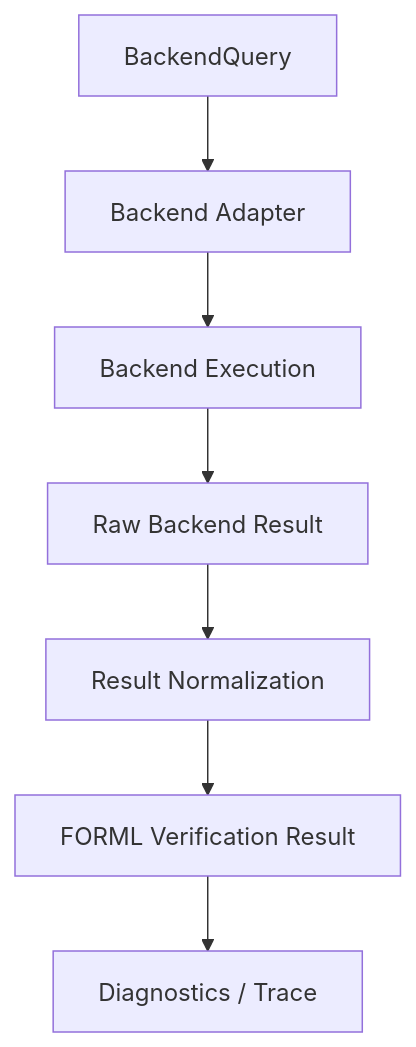
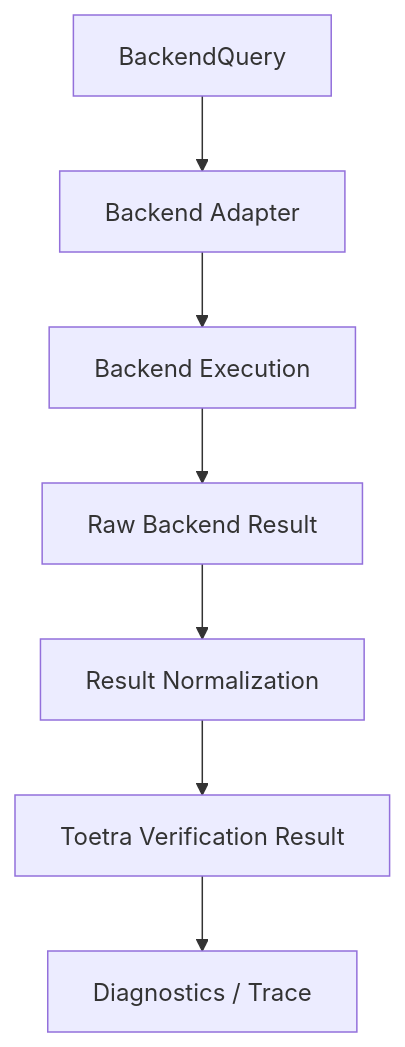
Before and after one commit to KintanaOne/Toetra: the seventh of 9 diagrams in docs/architecture/pipeline-views.md, drawn with Mermaid. The commit also changed 55 other files, not shown here.

First line of the commit message:
Refactor reporting and model schemas from FORML to Toetra

````diff
--- a/docs/architecture/pipeline-views.md
+++ b/docs/architecture/pipeline-views.md
@@ -399,20 +399,20 @@
 ```mermaid
 flowchart TD
     A[BackendQuery]
         --> B[Backend Adapter]
 
     B
         --> C[Backend Execution]
 
     C
         --> D[Raw Backend Result]
 
     D
         --> E[Result Normalization]
 
     E
-        --> F[FORML Verification Result]
+        --> F[Toetra Verification Result]
 
     F
         --> G[Diagnostics / Trace]
 ```
````
